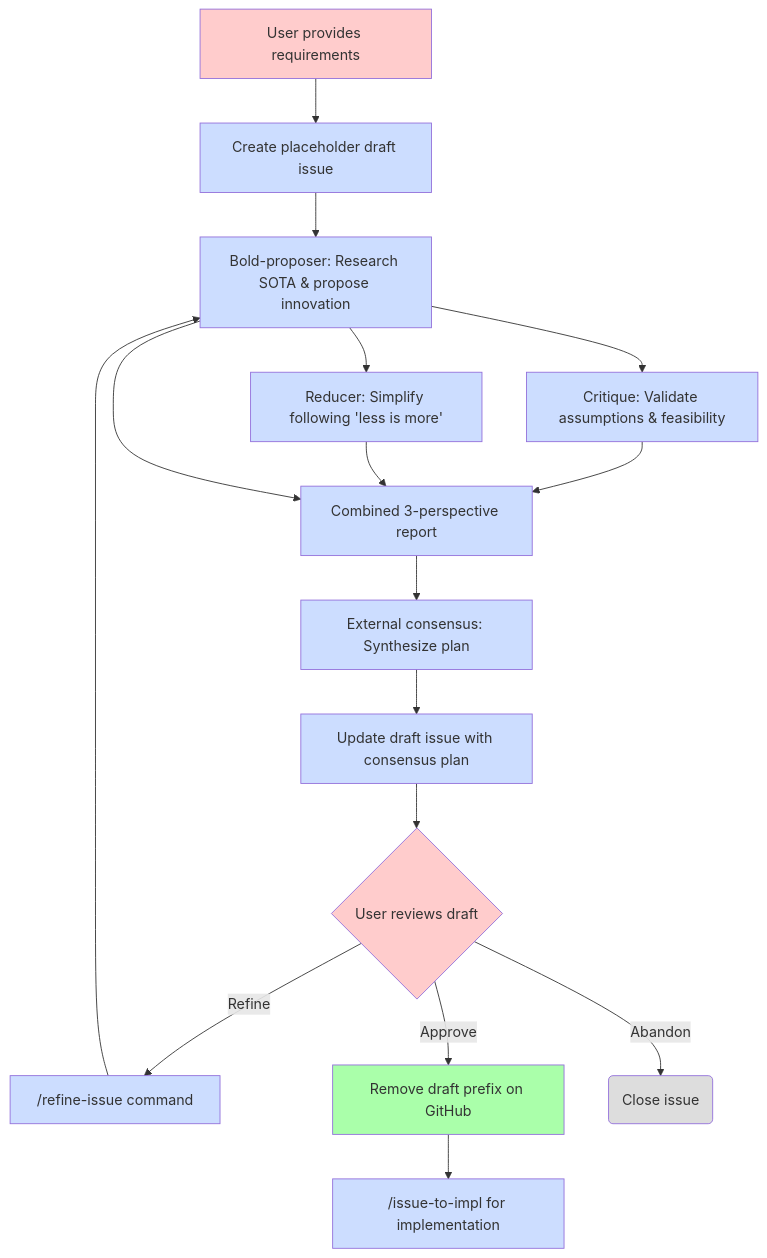
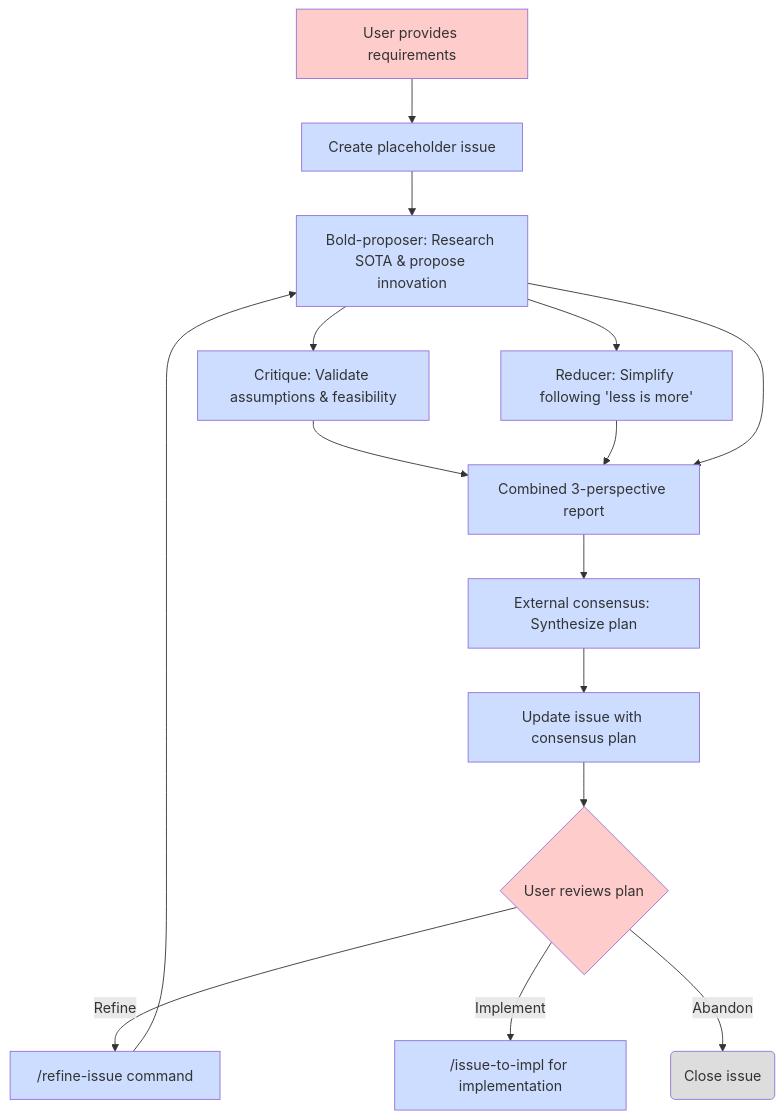
One commit to Synthesys-Lab/agentize changed the diagram in docs/workflows/ultra-planner.md. Above: the diagram before and after it, drawn with Mermaid. The commit also changed other lines of this file and 14 other files, not shown here.

First line of the commit message:
[docs][test][agent.command][agent.skill]: Remove [draft] prefix mechanism from workflow documentation

````diff
--- a/docs/workflows/ultra-planner.md
+++ b/docs/workflows/ultra-planner.md
@@ -11,32 +11,30 @@
 ```mermaid
 graph TD
-    A[User provides requirements] --> B[Create placeholder draft issue]
+    A[User provides requirements] --> B[Create placeholder issue]
     B --> C[Bold-proposer: Research SOTA & propose innovation]
     C --> D
     C --> E
     D[Critique: Validate assumptions & feasibility] --> F
     E[Reducer: Simplify following 'less is more'] --> F
     C --> F
     F[Combined 3-perspective report] --> G
-    G[External consensus: Synthesize plan] --> H[Update draft issue with consensus plan]
-    H --> I{User reviews draft}
+    G[External consensus: Synthesize plan] --> H[Update issue with consensus plan]
+    H --> I{User reviews plan}
     I -->|Refine| J["/refine-issue command"]
     J --> C
-    I -->|Approve| K["Remove draft prefix on GitHub"]
-    K --> L["/issue-to-impl for implementation"]
+    I -->|Implement| K["/issue-to-impl for implementation"]
     I -->|Abandon| Z(Close issue)
 
     style A fill:#ffcccc
     style I fill:#ffcccc
     style B fill:#ccddff
     style C fill:#ccddff
     style D fill:#ccddff
     style E fill:#ccddff
     style F fill:#ccddff
     style G fill:#ccddff
     style H fill:#ccddff
     style J fill:#ccddff
-    style K fill:#aaffaa
-    style L fill:#ccddff
+    style K fill:#ccddff
     style Z fill:#dddddd
 ```
````
